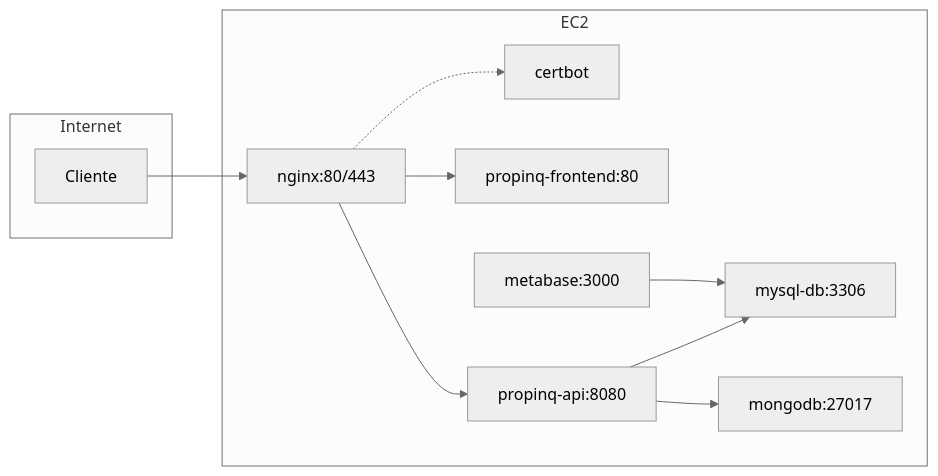
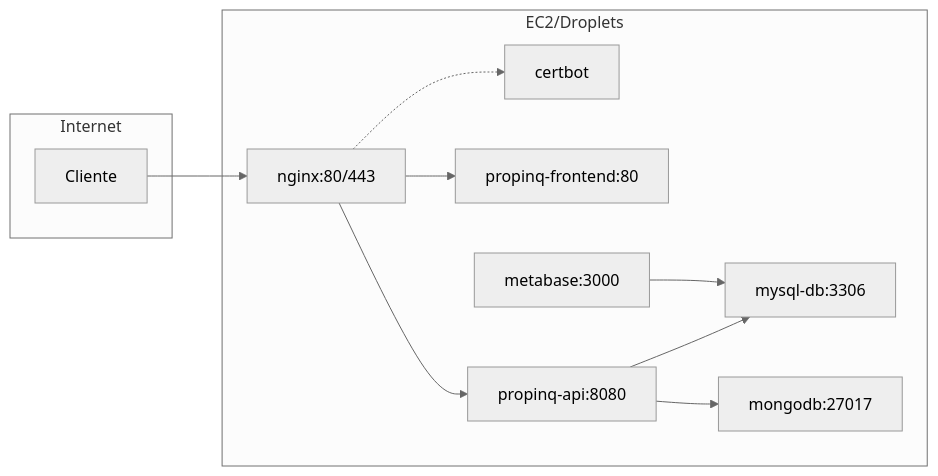
Before and after one commit to imaee-soft/propinq-infra: the diagram in README.md, drawn with Mermaid (neutral theme). The commit also changed other lines of this file and 1 other file, not shown here.

````diff
--- a/README.md
+++ b/README.md
@@ -9,22 +9,22 @@
 ```mermaid
 flowchart LR
   subgraph internet [Internet]
     Client[Cliente]
   end
-  subgraph ec2 [EC2]
+  subgraph ec2/droplets [EC2/Droplets]
     Nginx[nginx:80/443]
     Certbot[certbot]
     Frontend[propinq-frontend:80]
     Backend[propinq-api:8080]
     MySQL[mysql-db:3306]
     Mongo[mongodb:27017]
     Metabase[metabase:3000]
   end
   Client --> Nginx
   Nginx --> Frontend
   Nginx --> Backend
   Backend --> MySQL
   Backend --> Mongo
   Metabase --> MySQL
   Nginx -.-> Certbot
 ```
````
